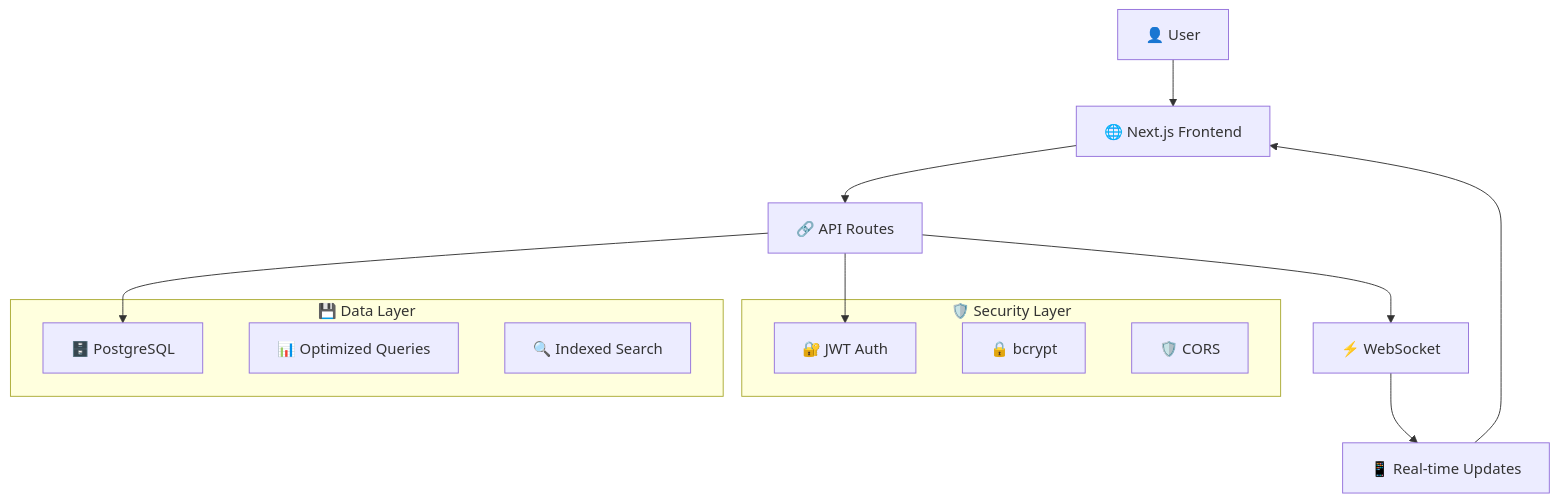
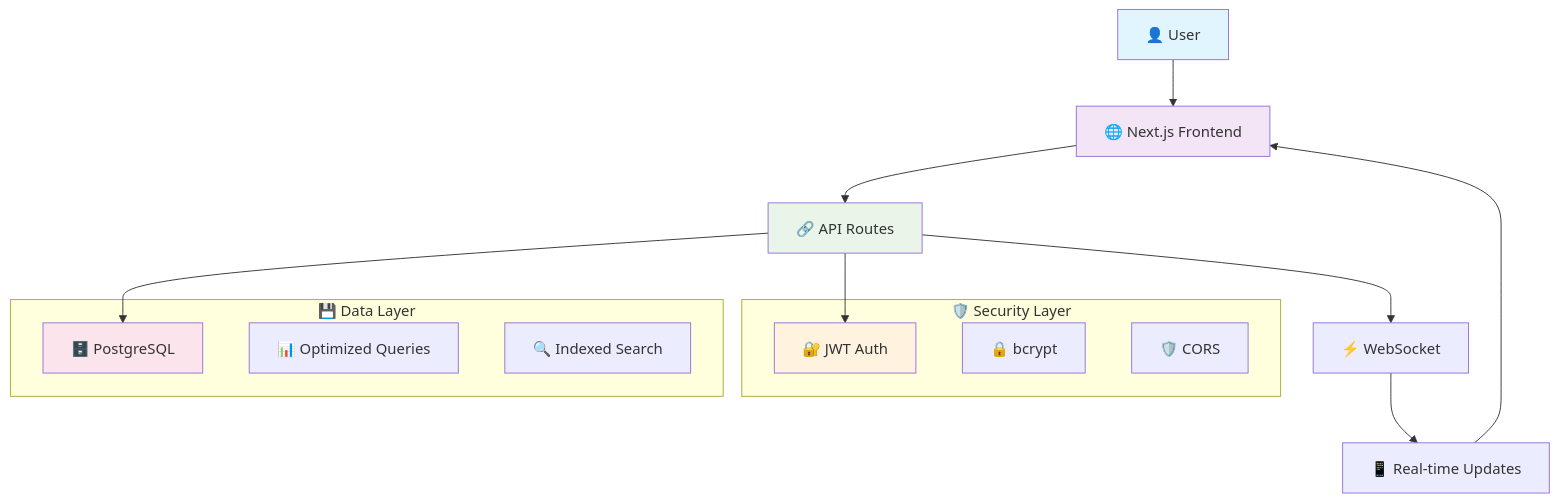
One commit to Daivik1520/SAM.CHAT changed the third of 4 diagrams in README.md. Above: the diagram before and after it, drawn with Mermaid. The commit also changed other lines of this file, not shown here.

````diff
--- a/README.md
+++ b/README.md
@@ -182,22 +223,28 @@
 ```mermaid
 graph TB
-    A["👤 User"] --> B["🌐 Next.js Frontend"]
-    B --> C["🔗 API Routes"]
-    C --> D["🔐 JWT Auth"]
-    C --> E["🗄️ PostgreSQL"]
-    C --> F["⚡ WebSocket"]
-    F --> G["📱 Real-time Updates"]
+    A[👤 User] --> B[🌐 Next.js Frontend]
+    B --> C[🔗 API Routes]
+    C --> D[🔐 JWT Auth]
+    C --> E[🗄️ PostgreSQL]
+    C --> F[⚡ WebSocket]
+    F --> G[📱 Real-time Updates]
     G --> B
     
     subgraph "🛡️ Security Layer"
         D
-        H["🔒 bcrypt"]
-        I["🛡️ CORS"]
+        H[🔒 bcrypt]
+        I[🛡️ CORS]
     end
     
     subgraph "💾 Data Layer"
         E
-        J["📊 Optimized Queries"]
-        K["🔍 Indexed Search"]
+        J[📊 Optimized Queries]
+        K[🔍 Indexed Search]
     end
+    
+    style A fill:#e1f5fe
+    style B fill:#f3e5f5
+    style C fill:#e8f5e8
+    style D fill:#fff3e0
+    style E fill:#fce4ec
 ```
````
